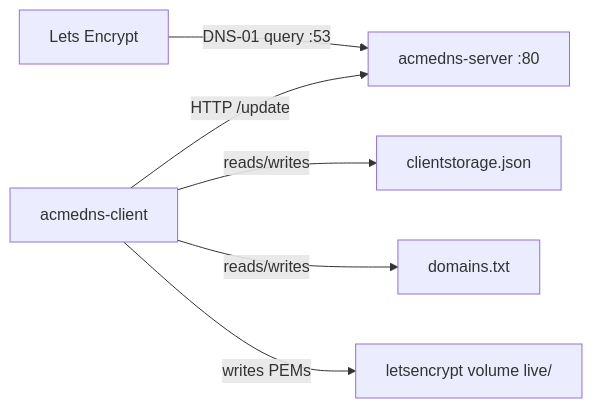
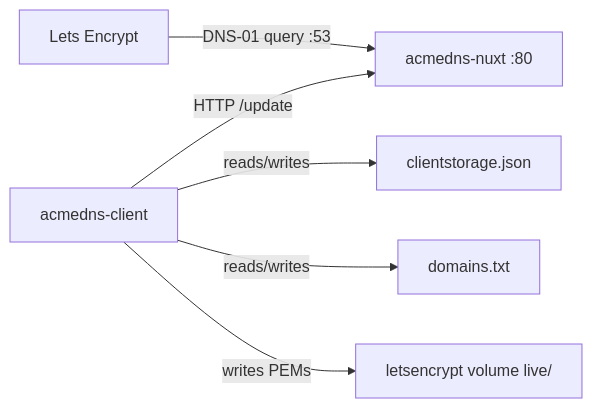
One commit to HariantoAtWork/dns01-proxy changed the diagram in README.md. Above: the diagram before and after it, drawn with Mermaid. The commit also changed other lines of this file and 24 other files, not shown here.

````diff
--- a/README.md
+++ b/README.md
@@ -10,8 +12,8 @@
 ```mermaid
 flowchart LR
-  UI[acmedns-client] -->|HTTP /update| API[acmedns-server :80]
+  UI[acmedns-client] -->|HTTP /update| API[acmedns-nuxt :80]
   UI -->|reads/writes| CS[clientstorage.json]
   UI -->|reads/writes| Domains[domains.txt]
   UI -->|writes PEMs| Certs[letsencrypt volume live/]
   PubDNS[Lets Encrypt] -->|DNS-01 query :53| API
 ```
````
